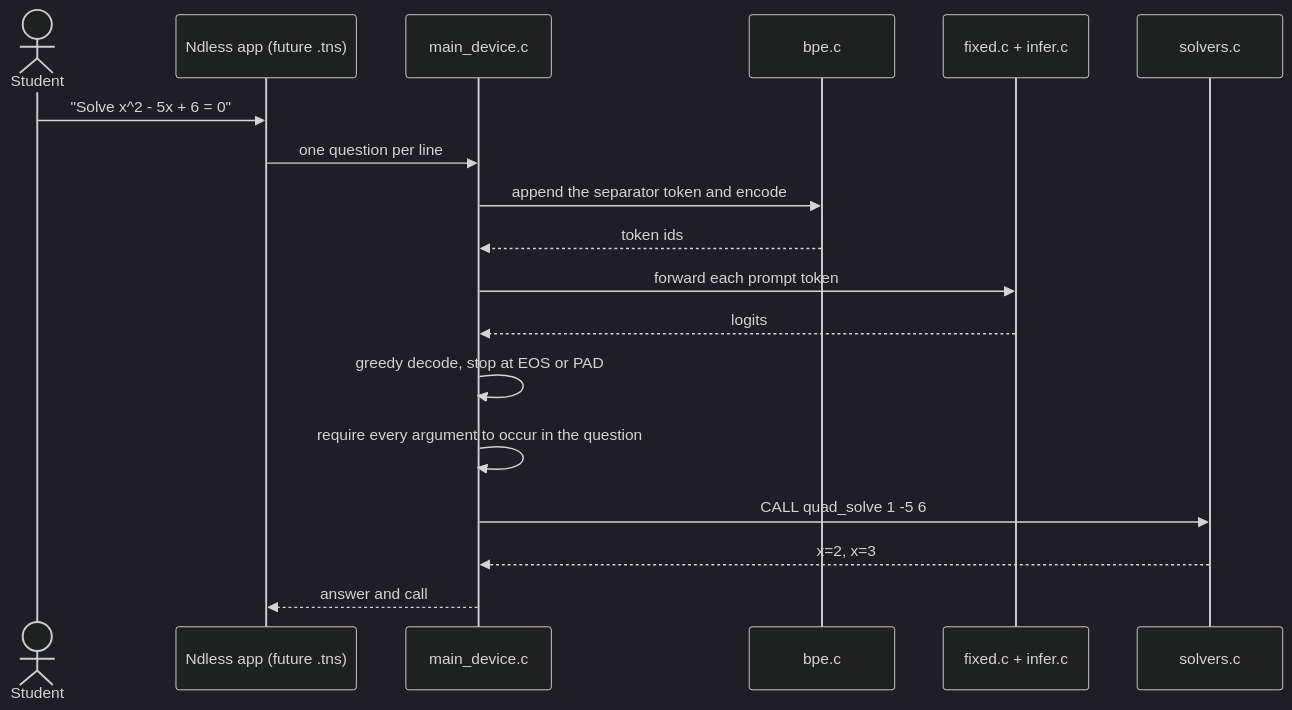
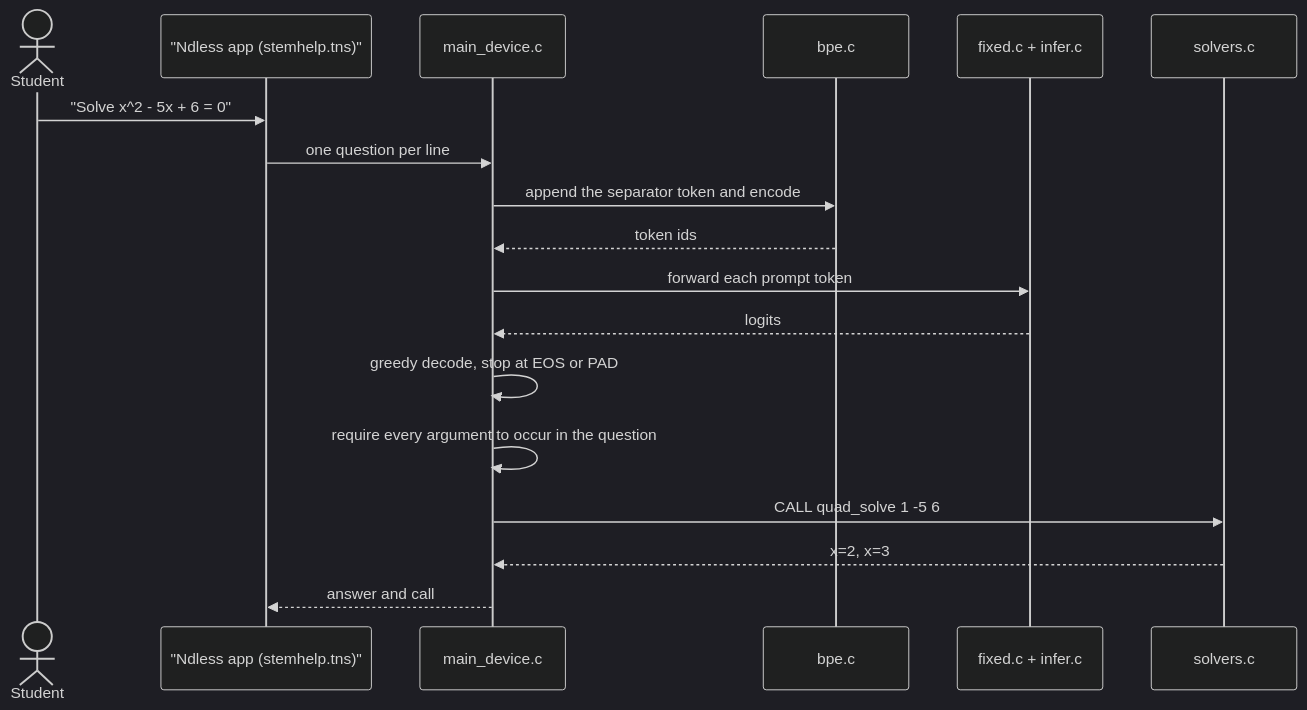
One commit to exterminatorrat/NdlessAI changed the second of 2 diagrams in docs/architecture.md. Above: the diagram before and after it, drawn with Mermaid (dark theme). The commit also changed other lines of this file and 4 other files, not shown here.

````diff
--- a/docs/architecture.md
+++ b/docs/architecture.md
@@ -102,21 +102,21 @@
 ```mermaid
 sequenceDiagram
   actor Student
-  participant App as Ndless app (future .tns)
+  participant App as "Ndless app (stemhelp.tns)"
   participant Main as main_device.c
   participant BPE as bpe.c
   participant Net as fixed.c + infer.c
   participant Solv as solvers.c
 
   Student->>App: "Solve x^2 - 5x + 6 = 0"
   App->>Main: one question per line
   Main->>BPE: append the separator token and encode
   BPE-->>Main: token ids
   Main->>Net: forward each prompt token
   Net-->>Main: logits
   Main->>Main: greedy decode, stop at EOS or PAD
   Main->>Main: require every argument to occur in the question
   Main->>Solv: CALL quad_solve 1 -5 6
   Solv-->>Main: x=2, x=3
   Main-->>App: answer and call
 ```
````
